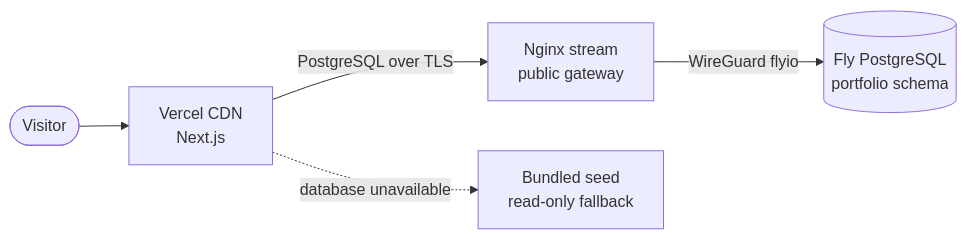
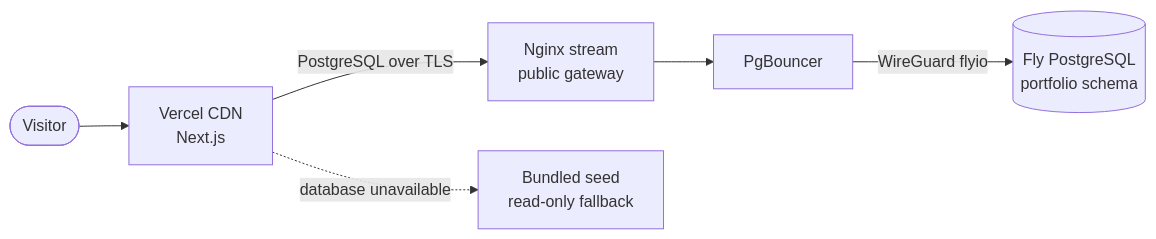
The diagram in README.md (poncosh/poncosh), drawn with Mermaid before and after one commit. The commit also changed other lines of this file and 20 other files, not shown here.

````diff
--- a/README.md
+++ b/README.md
@@ -56,7 +56,8 @@
 ```mermaid
 flowchart LR
     U([Visitor]) --> V[Vercel CDN<br/>Next.js]
     V -->|PostgreSQL over TLS| N[Nginx stream<br/>public gateway]
-    N -->|WireGuard flyio| D[(Fly PostgreSQL<br/>portfolio schema)]
+    N --> P[PgBouncer]
+    P -->|WireGuard flyio| D[(Fly PostgreSQL<br/>portfolio schema)]
     V -. database unavailable .-> S[Bundled seed<br/>read-only fallback]
 ```
````
